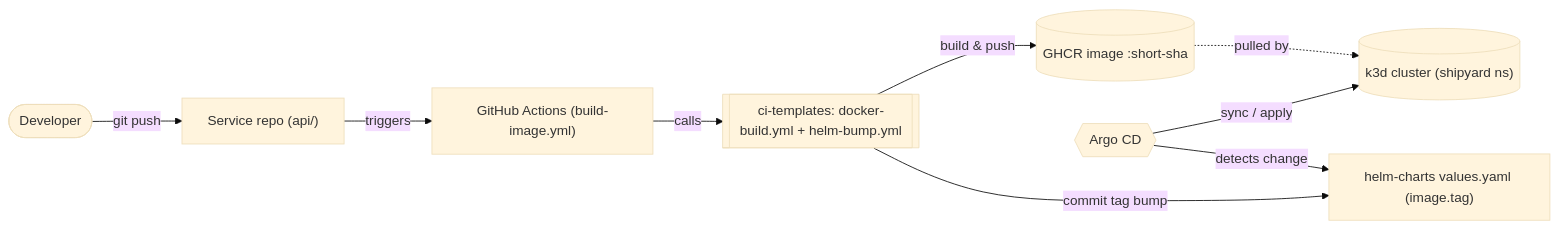
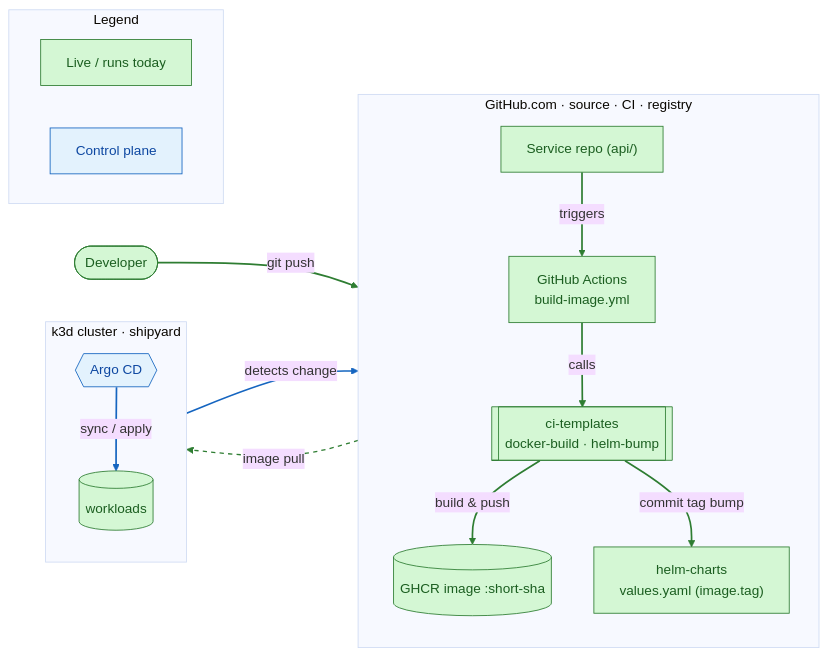
The second of 2 diagrams in README.md (CJs-Shipyard/platform-docs), drawn with Mermaid (base theme) before and after one commit. The commit also changed other lines of this file, not shown here.

First line of the commit message:
merge target+live diagrams into one colour-coded view; combined tech stack & repos

````diff
--- a/README.md
+++ b/README.md
@@ -132,20 +129,41 @@
 ```mermaid
 flowchart LR
-    dev([Developer])
-    repo["Service repo (api/)"]
-    gha["GitHub Actions (build-image.yml)"]
-    tmpl[["ci-templates: docker-build.yml + helm-bump.yml"]]
-    ghcr[("GHCR image :short-sha")]
-    helm["helm-charts values.yaml (image.tag)"]
-    argo{{Argo CD}}
-    k3d[("k3d cluster (shipyard ns)")]
+    classDef live fill:#d4f7d4,stroke:#2e7d32,color:#1b5e20;
+    classDef ctrl fill:#e3f2fd,stroke:#1565c0,color:#0d47a1;
+
+    dev([Developer]):::live
+
+    subgraph gh["GitHub.com · source · CI · registry"]
+        direction TB
+        repo["Service repo (api/)"]:::live
+        gha["GitHub Actions<br/>build-image.yml"]:::live
+        tmpl[["ci-templates<br/>docker-build · helm-bump"]]:::live
+        ghcr[("GHCR image :short-sha")]:::live
+        helm["helm-charts<br/>values.yaml (image.tag)"]:::live
+    end
+
+    subgraph cl["k3d cluster · shipyard"]
+        direction TB
+        argo{{Argo CD}}:::ctrl
+        k3d[("workloads")]:::live
+    end
 
     dev -->|git push| repo
     repo -->|triggers| gha
     gha -->|calls| tmpl
     tmpl -->|build & push| ghcr
     tmpl -->|commit tag bump| helm
     argo -->|detects change| helm
     argo -->|sync / apply| k3d
-    ghcr -. pulled by .-> k3d
+    ghcr -.->|image pull| k3d
+
+    subgraph legend["Legend"]
+        direction LR
+        gL["Live / runs today"]:::live
+        gC["Control plane"]:::ctrl
+    end
+
+    linkStyle 0,1,2,3,4 stroke:#2e7d32,stroke-width:2px;
+    linkStyle 5,6 stroke:#1565c0,stroke-width:2px;
+    linkStyle 7 stroke:#2e7d32,stroke-width:1.5px,stroke-dasharray:5 5;
 ```
````
